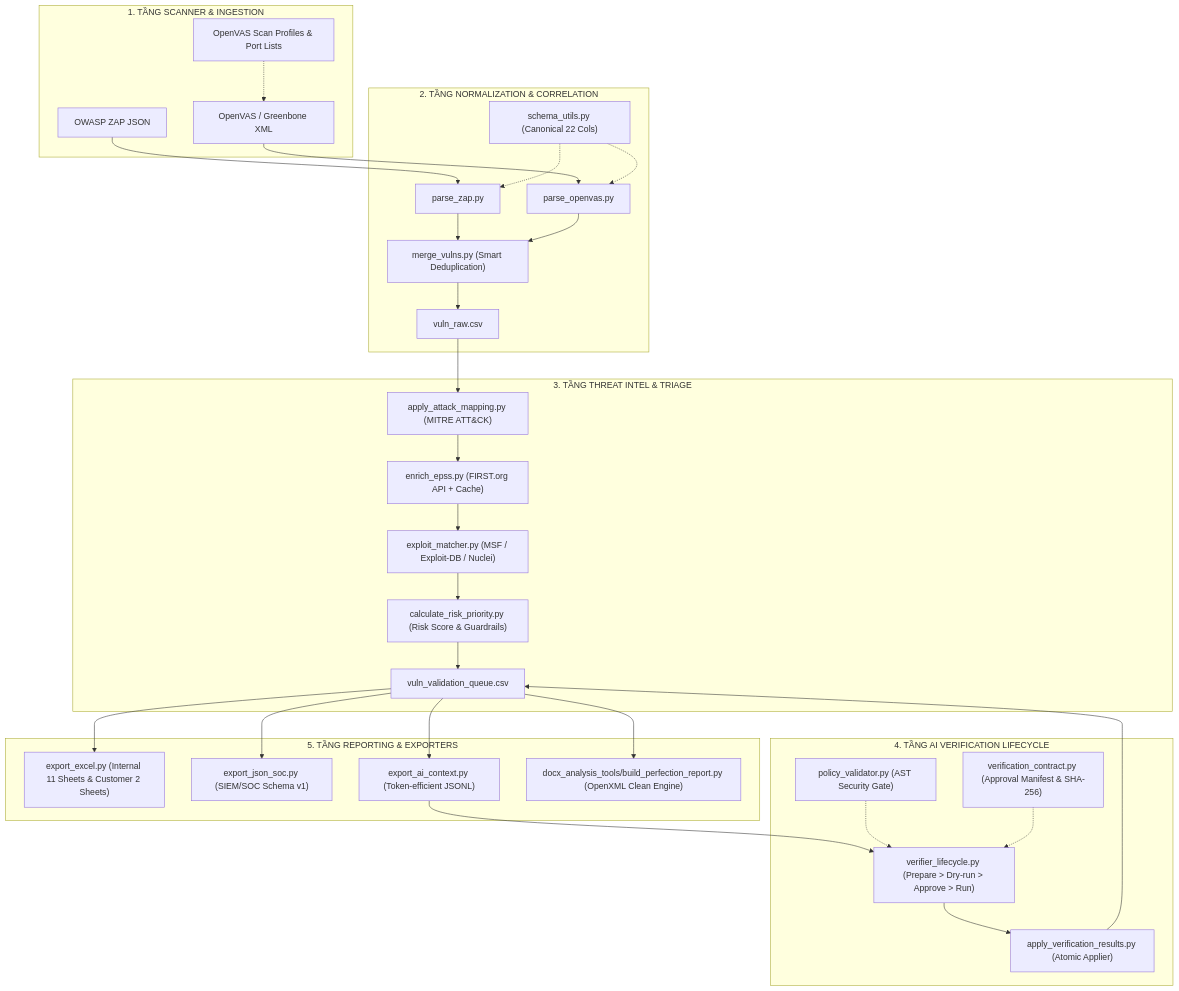
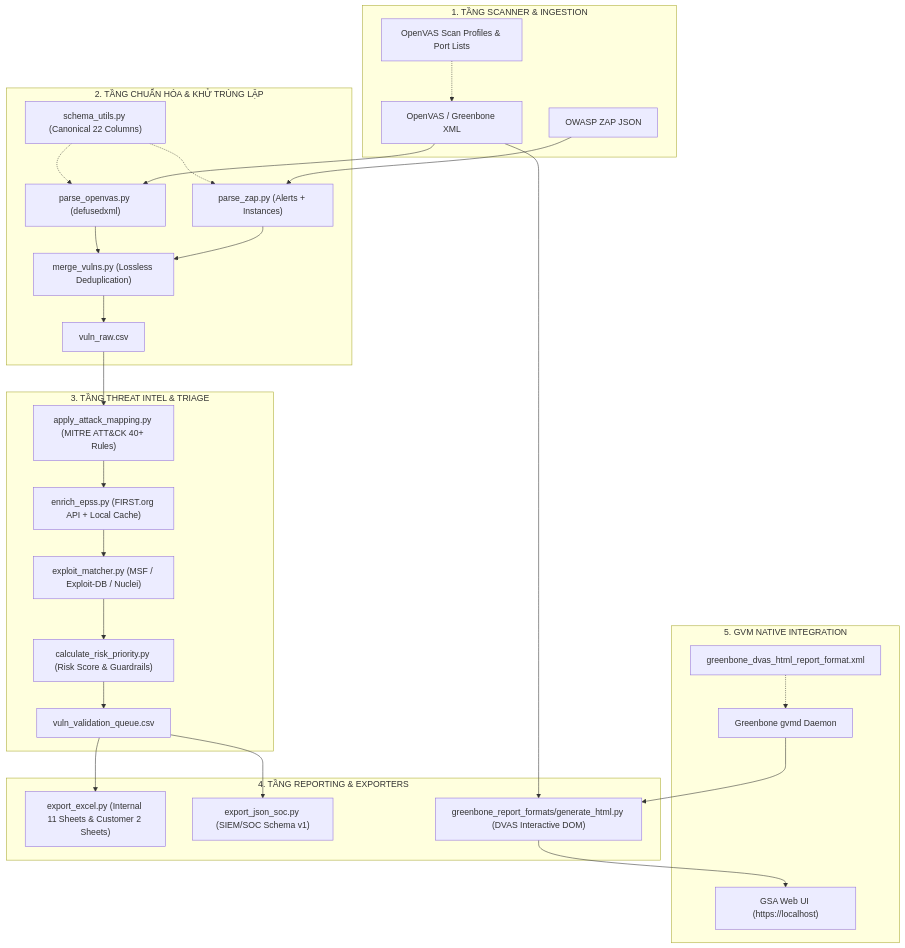
Before and after one commit to Tc3s/tool-scan-pipeline-security: the diagram in README.md, drawn with Mermaid. The commit also changed other lines of this file and 86 other files, not shown here.

Commit message:
feat: streamline pipeline, add Greenbone DVAS HTML report plugin, refine Excel & SOC JSON deliverables, and enhance regression suite

````diff
--- a/README.md
+++ b/README.md
@@ -31,51 +45,48 @@
 ```mermaid
 flowchart TD
     subgraph S1["1. TẦNG SCANNER & INGESTION"]
         ZAP_RAW["OWASP ZAP JSON"]
         OV_RAW["OpenVAS / Greenbone XML"]
         CONFIGS["OpenVAS Scan Profiles & Port Lists"]
     end
 
-    subgraph S2["2. TẦNG NORMALIZATION & CORRELATION"]
-        P_ZAP["parse_zap.py"]
-        P_OV["parse_openvas.py"]
-        SCHEMA["schema_utils.py (Canonical 22 Cols)"]
-        MERGE["merge_vulns.py (Smart Deduplication)"]
+    subgraph S2["2. TẦNG CHUẨN HÓA & KHỬ TRÙNG LẶP"]
+        P_ZAP["parse_zap.py (Alerts + Instances)"]
+        P_OV["parse_openvas.py (defusedxml)"]
+        SCHEMA["schema_utils.py (Canonical 22 Columns)"]
+        MERGE["merge_vulns.py (Lossless Deduplication)"]
         VULN_RAW["vuln_raw.csv"]
     end
 
     subgraph S3["3. TẦNG THREAT INTEL & TRIAGE"]
-        ATTACK["apply_attack_mapping.py (MITRE ATT&CK)"]
-        EPSS["enrich_epss.py (FIRST.org API + Cache)"]
+        ATTACK["apply_attack_mapping.py (MITRE ATT&CK 40+ Rules)"]
+        EPSS["enrich_epss.py (FIRST.org API + Local Cache)"]
         EXPLOIT["exploit_matcher.py (MSF / Exploit-DB / Nuclei)"]
         RISK["calculate_risk_priority.py (Risk Score & Guardrails)"]
         QUEUE["vuln_validation_queue.csv"]
     end
 
-    subgraph S4["4. TẦNG AI VERIFICATION LIFECYCLE"]
-        POLICY["policy_validator.py (AST Security Gate)"]
-        CONTRACT["verification_contract.py (Approval Manifest & SHA-256)"]
-        LIFECYCLE["verifier_lifecycle.py (Prepare > Dry-run > Approve > Run)"]
-        APPLIER["apply_verification_results.py (Atomic Applier)"]
+    subgraph S4["4. TẦNG REPORTING & EXPORTERS"]
+        EXP_EXCEL["export_excel.py (Internal 11 Sheets & Customer 2 Sheets)"]
+        EXP_SOC["export_json_soc.py (SIEM/SOC Schema v1)"]
+        HTML_DVAS["greenbone_report_formats/generate_html.py (DVAS Interactive DOM)"]
     end
 
-    subgraph S5["5. TẦNG REPORTING & EXPORTERS"]
-        EXP_EXCEL["export_excel.py (Internal 11 Sheets & Customer 2 Sheets)"]
-        EXP_SOC["export_json_soc.py (SIEM/SOC Schema v1)"]
-        EXP_AI["export_ai_context.py (Token-efficient JSONL)"]
-        DOCX_BUILD["docx_analysis_tools/build_perfection_report.py (OpenXML Clean Engine)"]
+    subgraph S5["5. GVM NATIVE INTEGRATION"]
+        GVM_DAEMON["Greenbone gvmd Daemon"]
+        GSA_WEB["GSA Web UI (https://localhost)"]
+        GMP_PACKAGE["greenbone_dvas_html_report_format.xml"]
     end
 
     ZAP_RAW --> P_ZAP
     OV_RAW --> P_OV
     CONFIGS -.-> OV_RAW
     SCHEMA -.-> P_ZAP & P_OV
     P_ZAP & P_OV --> MERGE --> VULN_RAW
     VULN_RAW --> ATTACK --> EPSS --> EXPLOIT --> RISK --> QUEUE
-    QUEUE --> EXP_AI
-    EXP_AI --> LIFECYCLE
-    POLICY -.-> LIFECYCLE
-    CONTRACT -.-> LIFECYCLE
-    LIFECYCLE --> APPLIER --> QUEUE
-    QUEUE --> EXP_EXCEL & EXP_SOC & DOCX_BUILD
+    QUEUE --> EXP_EXCEL & EXP_SOC
+    OV_RAW --> HTML_DVAS
+    GMP_PACKAGE -.-> GVM_DAEMON
+    GVM_DAEMON --> HTML_DVAS
+    HTML_DVAS --> GSA_WEB
 ```
````
